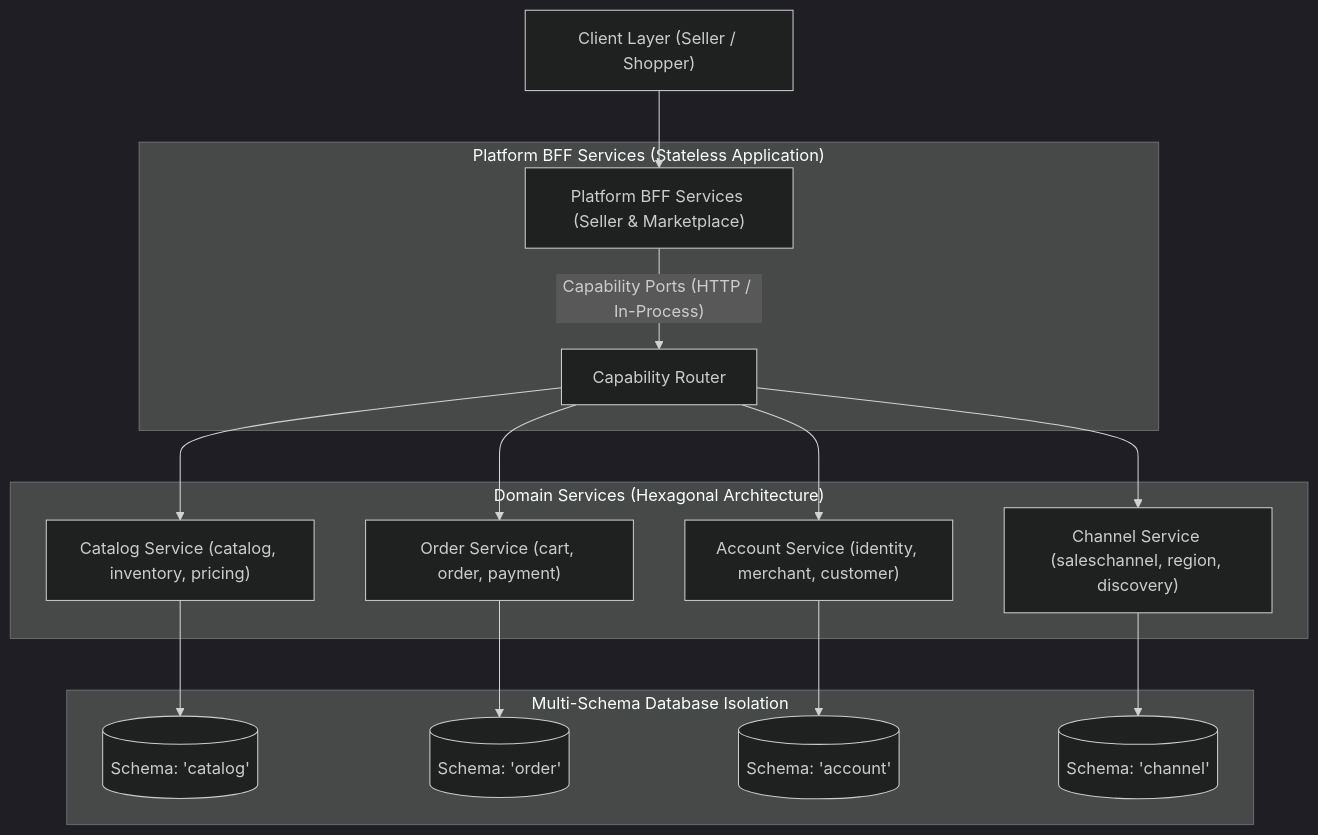
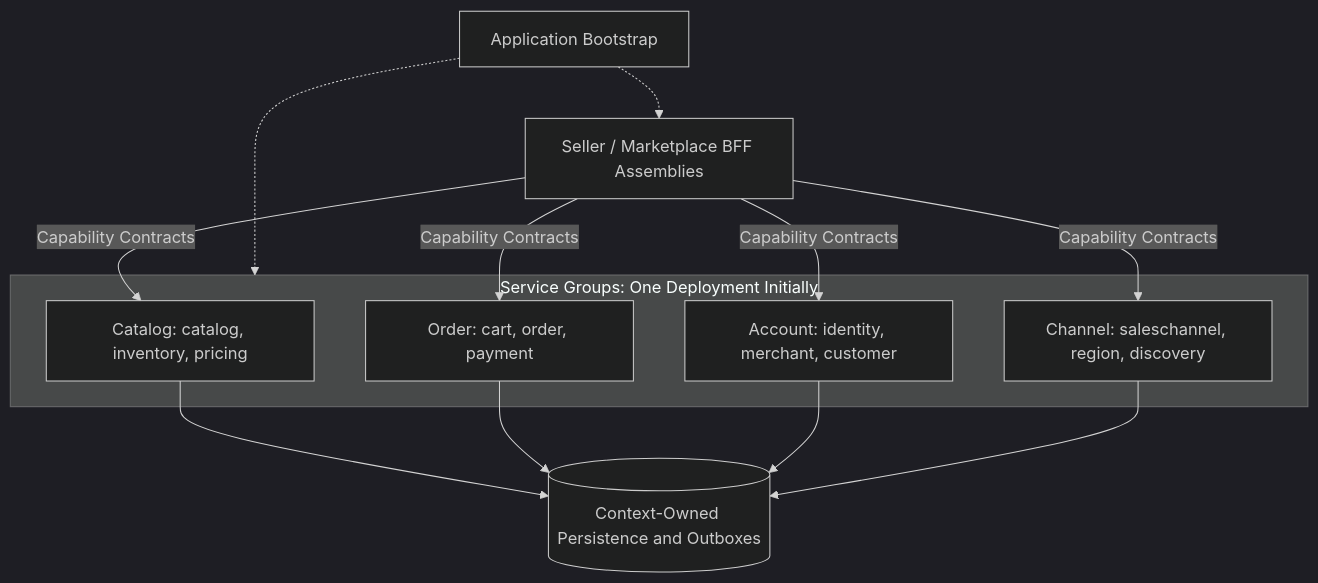
The second of 3 diagrams in docs/system-design/002-ecommerce_service_architecture_system_design.md (khinemyaezin/grab), drawn with Mermaid (dark theme) before and after one commit. The commit also changed other lines of this file and 1 other file, not shown here.

Commit message:
feat: update outbox strategy to use a single shared outbox table per service group schema

````diff
--- a/docs/system-design/002-ecommerce_service_architecture_system_design.md
+++ b/docs/system-design/002-ecommerce_service_architecture_system_design.md
@@ -49,22 +52,20 @@
 ```mermaid
 flowchart TD
-    Client["Client Layer (Seller / Shopper)"] --> BFF["Platform BFF Services (Seller & Marketplace)"]
-
-    subgraph PlatformLayer ["Platform BFF Services (Stateless Application)"]
-        BFF -->|"Capability Ports (HTTP / In-Process)"| Router["Capability Router"]
+    Boot["Application Bootstrap"] -.-> BFF["Seller / Marketplace BFF Assemblies"]
+    Boot -.-> Groups
+    subgraph Groups ["Service Groups: One Deployment Initially"]
+        Catalog["Catalog: catalog, inventory, pricing"]
+        Order["Order: cart, order, payment"]
+        Account["Account: identity, merchant, customer"]
+        Channel["Channel: saleschannel, region, discovery"]
     end
-
-    subgraph DomainServices ["Domain Services (Hexagonal Architecture)"]
-        Router --> Catalog["Catalog Service (catalog, inventory, pricing)"]
-        Router --> Order["Order Service (cart, order, payment)"]
-        Router --> Account["Account Service (identity, merchant, customer)"]
-        Router --> Channel["Channel Service (saleschannel, region, discovery)"]
-    end
-
-    subgraph DataLayer ["Multi-Schema Database Isolation"]
-        Catalog --> SchemaCat[("Schema: 'catalog'")]
-        Order --> SchemaOrd[("Schema: 'order'")]
-        Account --> SchemaAcc[("Schema: 'account'")]
-        Channel --> SchemaChan[("Schema: 'channel'")]
-    end
+    BFF -->|"Capability Contracts"| Catalog
+    BFF -->|"Capability Contracts"| Order
+    BFF -->|"Capability Contracts"| Account
+    BFF -->|"Capability Contracts"| Channel
+    Catalog --> Persistence
+    Order --> Persistence
+    Account --> Persistence
+    Channel --> Persistence
+    Persistence[("Context-Owned Persistence and Outboxes")]
 ```
````
